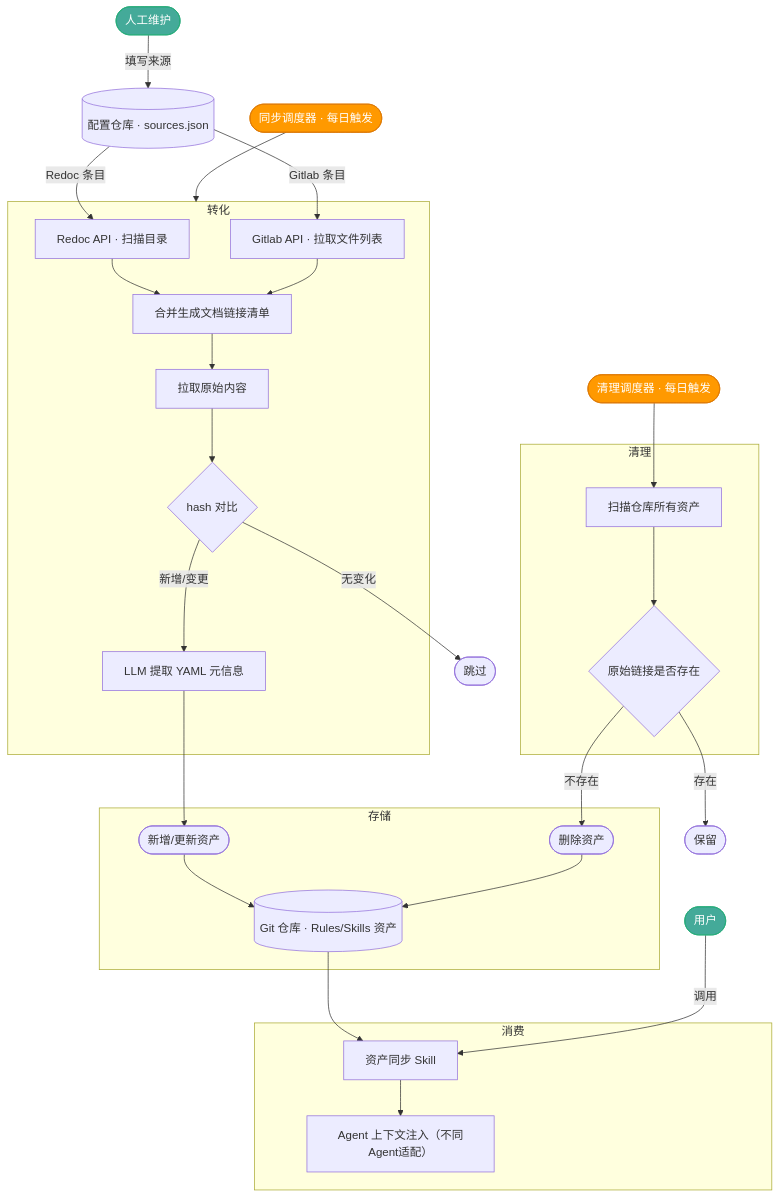
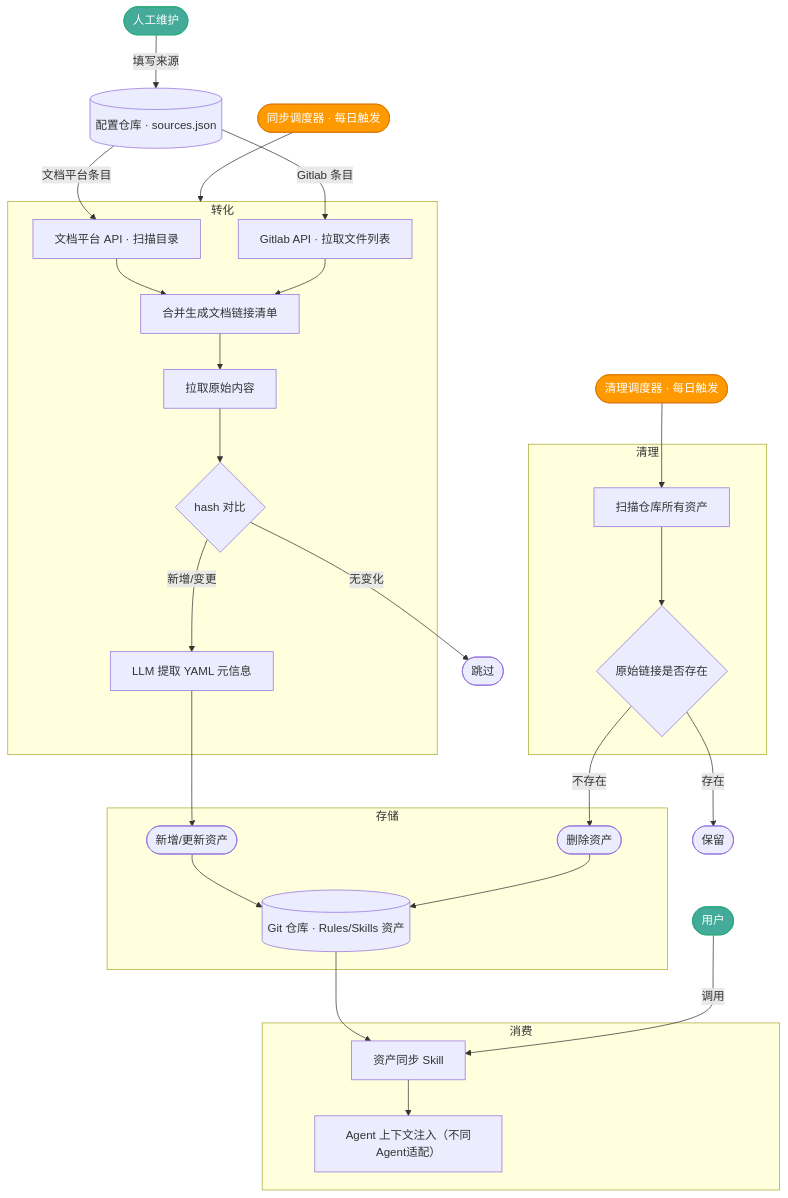
The diagram in knowledge/edges/ai-vault/AI资产沉淀.md (VirusPC/edges), drawn with Mermaid before and after one commit. The commit also changed other lines of this file and 4 other files, not shown here.

````diff
--- a/knowledge/edges/ai-vault/AI资产沉淀.md
+++ b/knowledge/edges/ai-vault/AI资产沉淀.md
@@ -34,55 +37,55 @@
 ```mermaid
 flowchart TD
     HUM([人工维护]) -- 填写来源 --> CFG[(配置仓库 · sources.json)]
 
     subgraph 转化
-        C1[Redoc API · 扫描目录]
+        C1[文档平台 API · 扫描目录]
         C2[Gitlab API · 拉取文件列表]
         C3[合并生成文档链接清单]
         D[拉取原始内容]
         E{hash 对比}
         G[LLM 提取 YAML 元信息]
     end
 
     subgraph 存储
         UPD([新增/更新资产])
         DEL([删除资产])
         I[(Git 仓库 · Rules/Skills 资产)]
     end
 
     subgraph 消费
         J1[资产同步 Skill]
         J2[Agent 上下文注入（不同Agent适配）]
     end
 
     USR([用户])
     Timer1([同步调度器 · 每日触发])
     Timer2([清理调度器 · 每日触发])
 
-    CFG -- Redoc 条目 --> C1 --> C3
+    CFG -- 文档平台条目 --> C1 --> C3
     CFG -- Gitlab 条目 --> C2 --> C3
     C3 --> D
     D --> E
     E -- 新增/变更 --> G --> UPD --> I
     E -- 无变化 --> SKIP([跳过])
     I --> J1
     USR -- 调用 --> J1
     J1 --> J2
 
     style USR fill:#4a9,stroke:#2a7,color:#fff
     Timer1 --> 转化
 
     subgraph 清理
         K[扫描仓库所有资产]
         L{原始链接是否存在}
     end
 
     Timer2 --> K
     K --> L
     L -- 不存在 --> DEL --> I
     L -- 存在 --> KEEP([保留])
 
     style Timer1 fill:#f90,stroke:#d70,color:#fff
     style Timer2 fill:#f90,stroke:#d70,color:#fff
     style HUM fill:#4a9,stroke:#2a7,color:#fff
 ```
````
